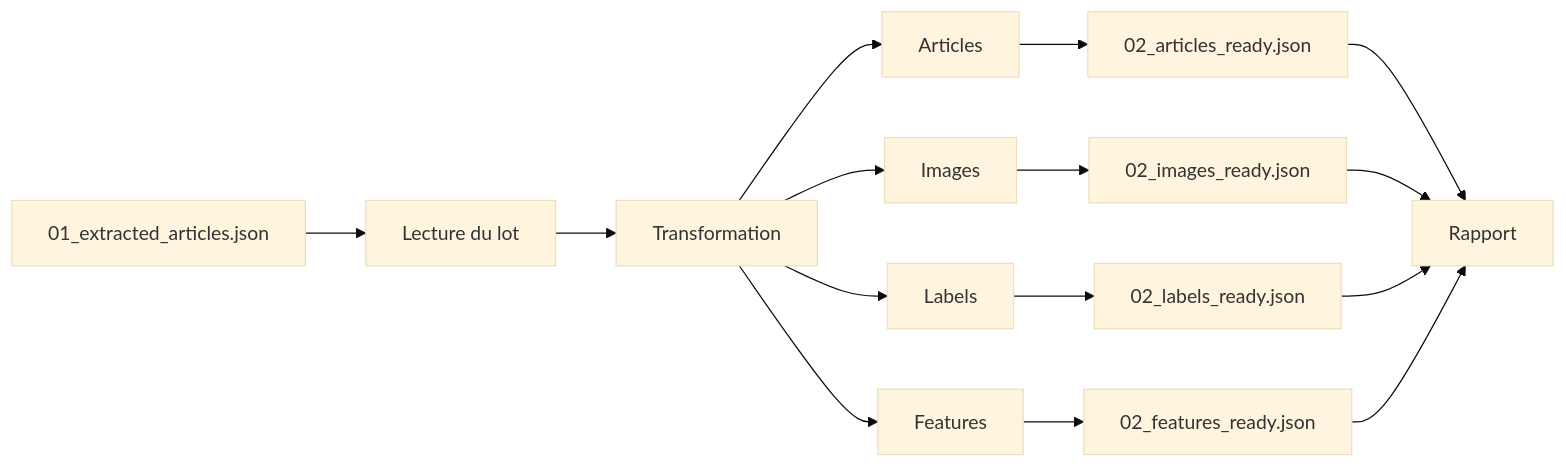
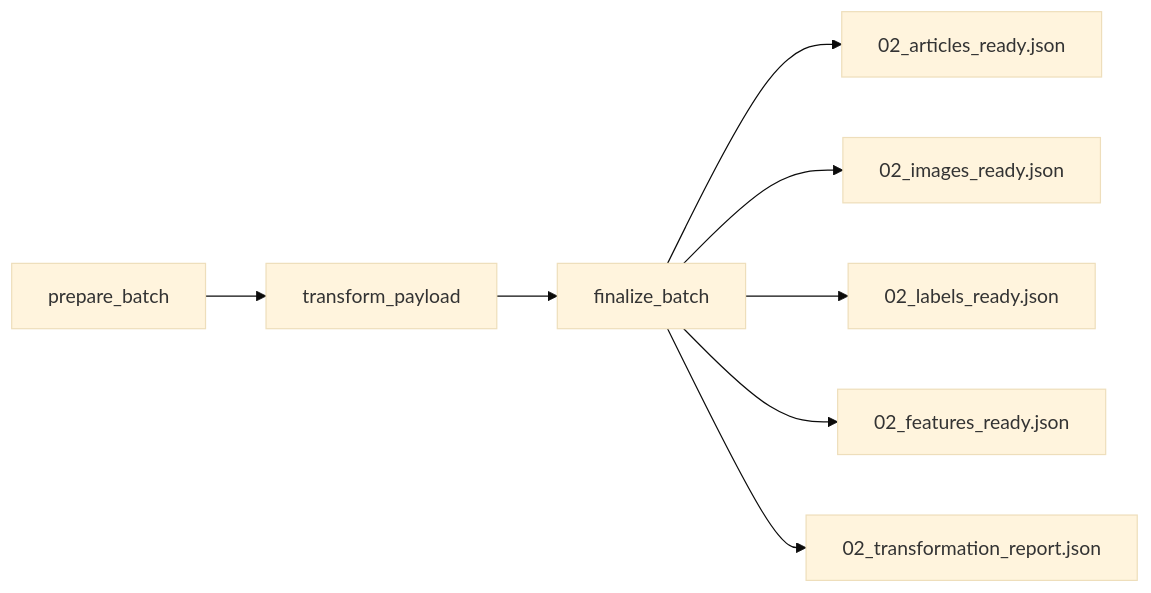
The diagram in docs/06_dag/03_transform.md (gonzalezcourrier34-glitch/checkit_ai), drawn with Mermaid (base theme) before and after one commit. The commit also changed other lines of this file and 51 other files, not shown here.

````diff
--- a/docs/06_dag/03_transform.md
+++ b/docs/06_dag/03_transform.md
@@ -32,33 +36,19 @@
 ```mermaid
 flowchart LR
 
-A[01_extracted_articles.json]
+A[prepare_batch]
 
-A --> B[Lecture du lot]
+A --> B[transform_payload]
 
-B --> C[Transformation]
+B --> C[finalize_batch]
 
-C --> D[Articles]
+C --> D[02_articles_ready.json]
 
-C --> E[Images]
+C --> E[02_images_ready.json]
 
-C --> F[Labels]
+C --> F[02_labels_ready.json]
 
-C --> G[Features]
+C --> G[02_features_ready.json]
 
-D --> H[02_articles_ready.json]
-
-E --> I[02_images_ready.json]
-
-F --> J[02_labels_ready.json]
-
-G --> K[02_features_ready.json]
-
-H --> L[Rapport]
-
-I --> L
-
-J --> L
-
-K --> L
+C --> H[02_transformation_report.json]
 ```
````
